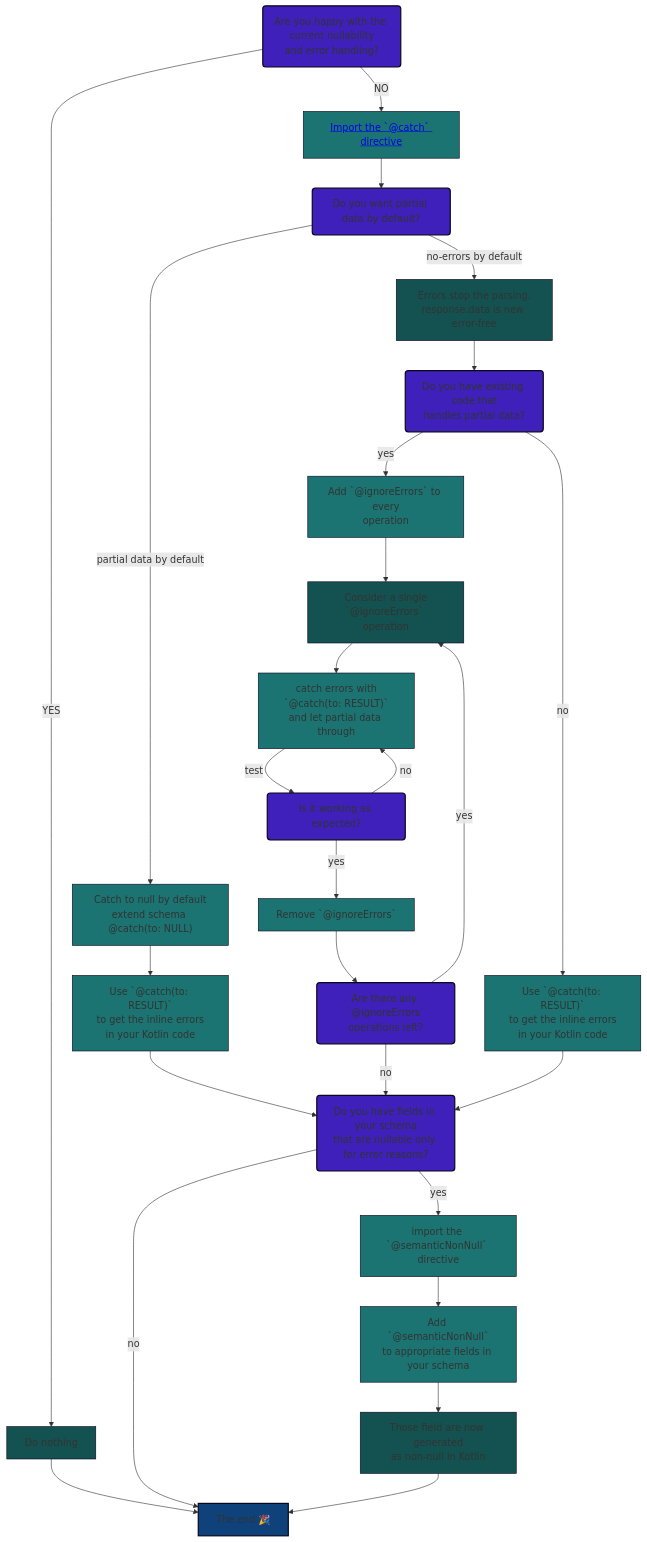
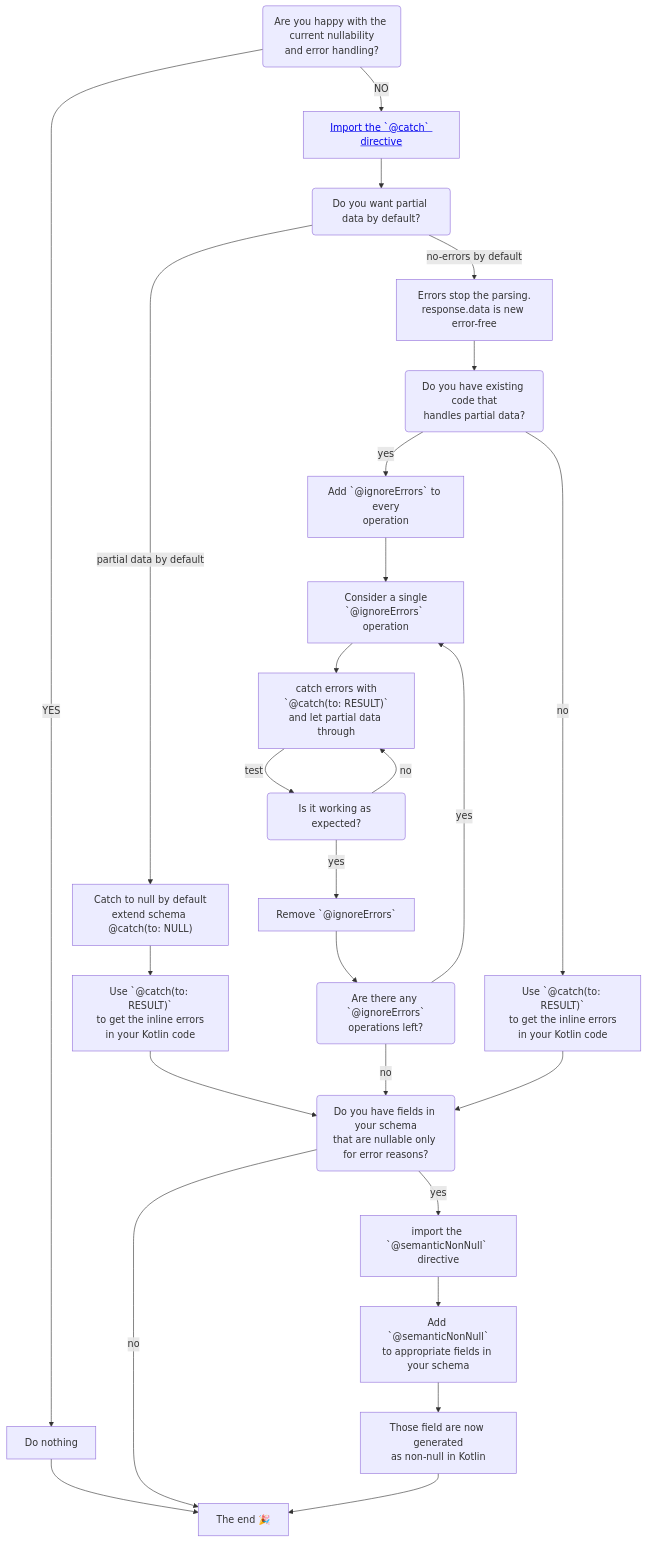
The diagram in docs/source/advanced/nullability.mdx (apollographql/apollo-kotlin), drawn with Mermaid before and after one commit.

Commit message:
simplify mermaid

````diff
--- a/docs/source/advanced/nullability.mdx
+++ b/docs/source/advanced/nullability.mdx
@@ -235,55 +235,29 @@
 ```mermaid
 
 flowchart TD
 A(Are you happy with the current nullability\nand error handling?) --> |YES| B[Do nothing]
 B --> V
 A --> |NO| D[<a href='http://google.com'>Import the `@catch` directive</a>\n]
 D --> E(Do you want partial data by default?)
 E --> |partial data by default| F["Catch to null by default\nextend schema @catch(to: NULL)"]
 F --> J["Use `@catch(to: RESULT)`\nto get the inline errors\nin your Kotlin code"]
 J --> H("Do you have fields in your schema\nthat are nullable only for error reasons?")
 H --> |no|V
 H --> |yes|I["import the `@semanticNonNull` directive"]
 I --> K["Add `@semanticNonNull`\nto appropriate fields in your schema"]
 K --> L["Those field are now generated\nas non-null in Kotlin"]
 L --> V["The end 🎉"]
 E --> |no-errors by default| P["Errors stop the parsing.\nresponse.data is new error-free"]
 P --> G("Do you have existing code that\nhandles partial data?")
 M --> R["Consider a single\n`@ignoreErrors` operation"]
 R --> O["catch errors with\n`@catch(to: RESULT)`\nand let partial data through"]
 O --> |test|Q("Is it working as expected?")
 Q --> |yes|S["Remove `@ignoreErrors`"]
 S --> T("Are there any `@ignoreErrors`\noperations left?")
 T --> |yes|R
 T --> |no|H
 Q --> |no|O
 G --> |yes| M["Add `@ignoreErrors` to every\noperation"]
 G --> |no|N["Use `@catch(to: RESULT)`\nto get the inline errors\nin your Kotlin code"]
 N --> H
-
-A:::question
-H:::question
-E:::question
-Q:::question
-T:::question
-G:::question
-D:::action
-K:::action
-S:::action
-M:::action
-N:::action
-I:::action
-J:::action
-F:::action
-O:::action
-V:::success
-R:::info
-P:::info
-B:::info
-L:::info
-
-classDef question fill:#3F20BA,stroke:#0A061E,stroke-width:2px;
-classDef action fill:#1B7471,stroke:#0A061E,stroke-width:1px;
-classDef info fill:#135250,stroke:#0A061E,stroke-width:1px;
-classDef success fill:#0F417A,stroke:#0A061E,stroke-width:2px;
 ```
````
